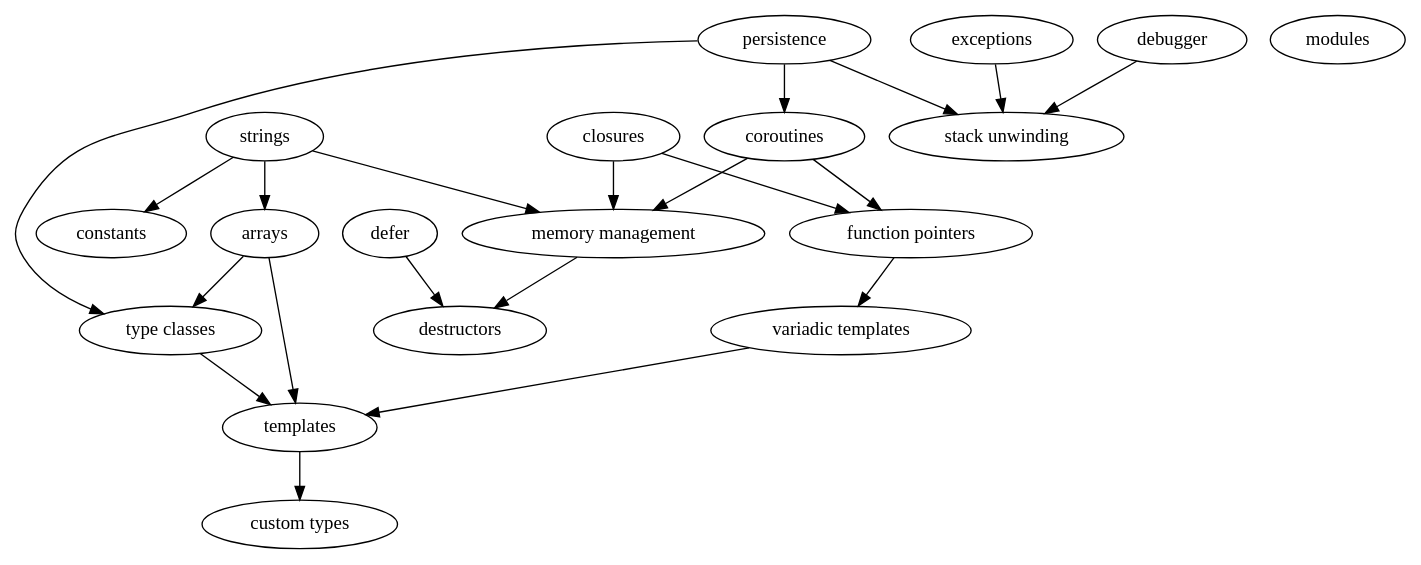
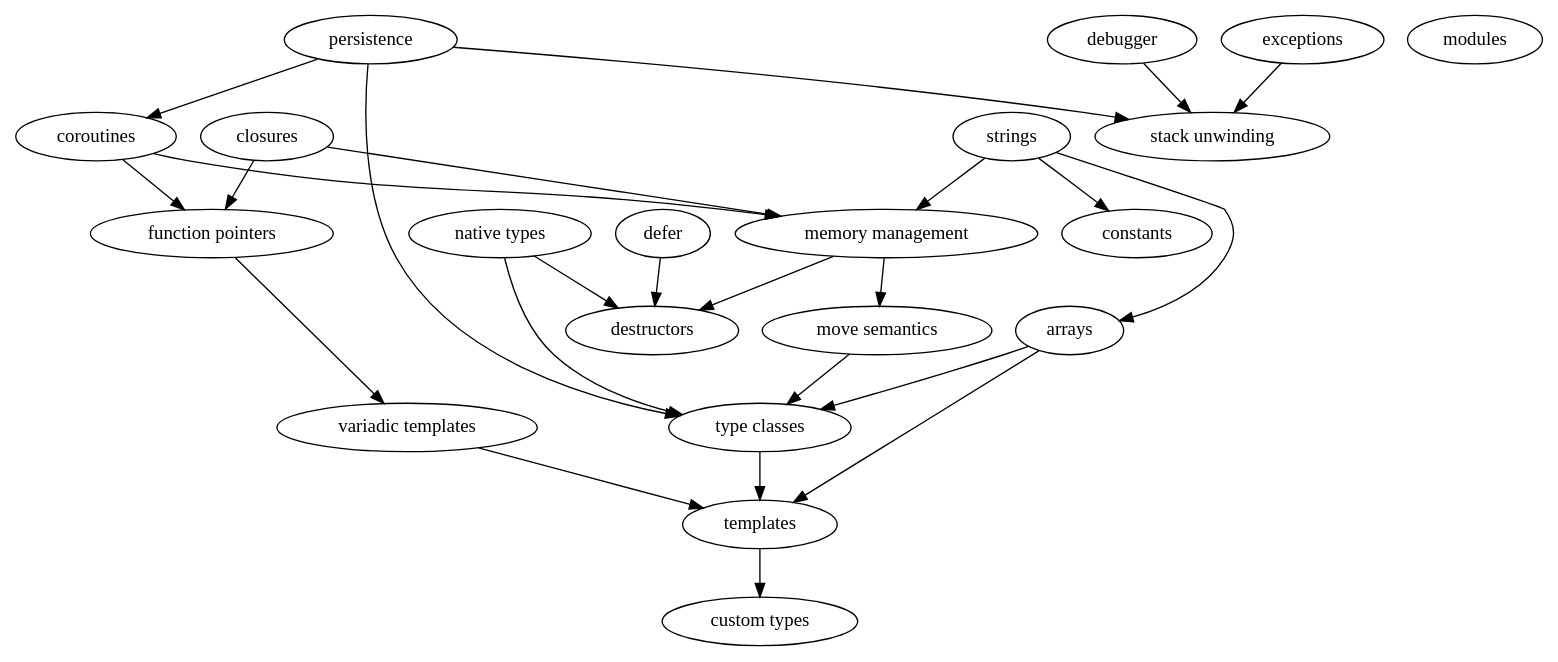
The diagram in design/dependencies.dot (mrwonko/perseus), drawn with Graphviz before and after one commit. The commit also changed 1 other file, not shown here.

Commit message:
dependency thoughts - native types etc.

```diff
--- a/design/dependencies.dot
+++ b/design/dependencies.dot
@@ -1,31 +1,37 @@
 digraph dependencies
 {
     memory_management[label="memory management"];
     type_classes[label="type classes"];
     variadic_templates[label="variadic templates"];
     custom_types[label="custom types"];
     function_pointers[label="function pointers"];
     stack_unwinding[label="stack unwinding"];
+    native_types[label="native types"];
+    move_semantics[label="move semantics"];
 
     modules;
     strings -> constants;
     strings -> memory_management;
     memory_management -> destructors;
     strings -> arrays;
     arrays -> templates;
     arrays -> type_classes;
     variadic_templates -> templates;
     function_pointers -> variadic_templates;
     type_classes -> templates;
     templates -> custom_types;
     coroutines -> function_pointers;
     coroutines -> memory_management;
     closures -> memory_management;
     closures -> function_pointers;
     defer -> destructors;
     persistence -> coroutines;
     persistence -> type_classes;
     persistence -> stack_unwinding;
     exceptions -> stack_unwinding;
     debugger -> stack_unwinding;
+    native_types -> type_classes;
+    native_types -> destructors;
+    memory_management -> move_semantics;
+    move_semantics -> type_classes;
 }
```
